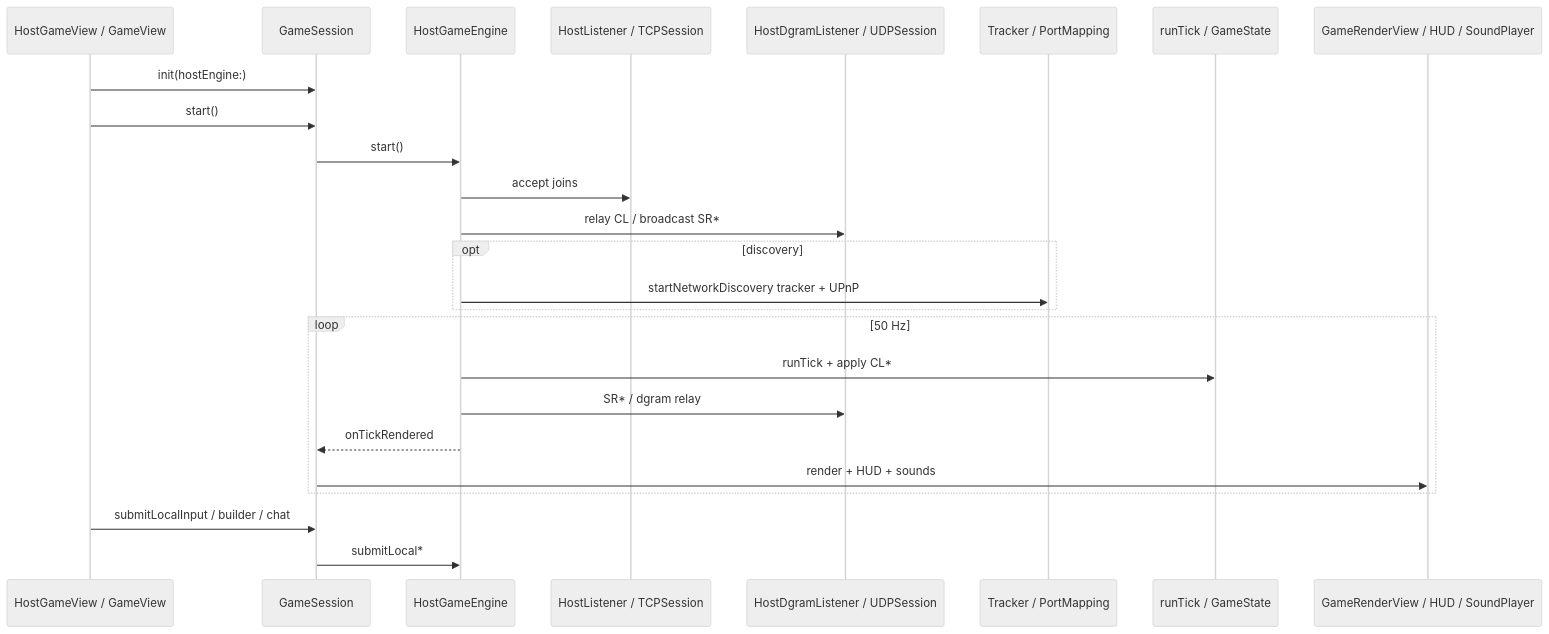
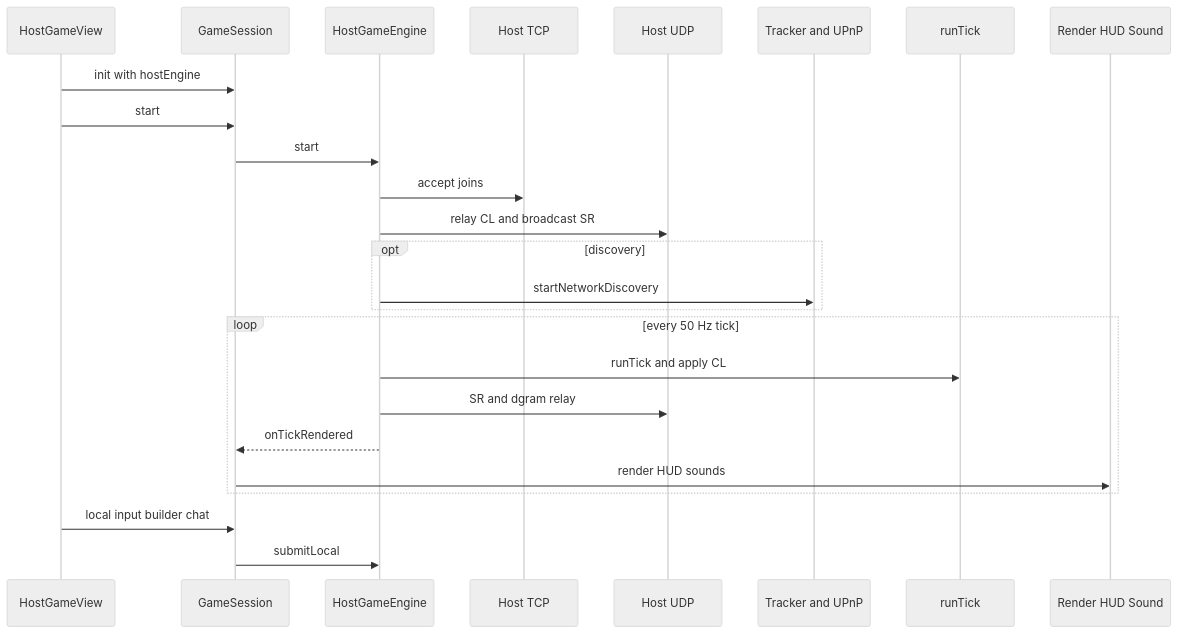
Before and after one commit to CosmicCEO/BoloKit: the third of 8 diagrams in docs/WIRING.md, drawn with Mermaid (neutral theme). The commit also changed other lines of this file, not shown here.

Commit message:
docs: fix Join path mermaid in WIRING.md (GitHub-safe syntax)

````diff
--- a/docs/WIRING.md
+++ b/docs/WIRING.md
@@ -89,28 +89,28 @@
 ```mermaid
 sequenceDiagram
-  participant UI as HostGameView / GameView
+  participant UI as HostGameView
   participant GS as GameSession
   participant HGE as HostGameEngine
-  participant TCP as HostListener / TCPSession
-  participant UDP as HostDgramListener / UDPSession
-  participant TK as Tracker / PortMapping
-  participant Sim as runTick / GameState
-  participant Out as GameRenderView / HUD / SoundPlayer
+  participant TCP as Host TCP
+  participant UDP as Host UDP
+  participant TK as Tracker and UPnP
+  participant Sim as runTick
+  participant Out as Render HUD Sound
 
-  UI->>GS: init(hostEngine:)
-  UI->>GS: start()
-  GS->>HGE: start()
+  UI->>GS: init with hostEngine
+  UI->>GS: start
+  GS->>HGE: start
   HGE->>TCP: accept joins
-  HGE->>UDP: relay CL / broadcast SR*
+  HGE->>UDP: relay CL and broadcast SR
   opt discovery
-    HGE->>TK: startNetworkDiscovery tracker + UPnP
+    HGE->>TK: startNetworkDiscovery
   end
-  loop 50 Hz
-    HGE->>Sim: runTick + apply CL*
-    HGE->>UDP: SR* / dgram relay
+  loop every 50 Hz tick
+    HGE->>Sim: runTick and apply CL
+    HGE->>UDP: SR and dgram relay
     HGE-->>GS: onTickRendered
-    GS->>Out: render + HUD + sounds
+    GS->>Out: render HUD sounds
   end
-  UI->>GS: submitLocalInput / builder / chat
-  GS->>HGE: submitLocal*
+  UI->>GS: local input builder chat
+  GS->>HGE: submitLocal
 ```
````
